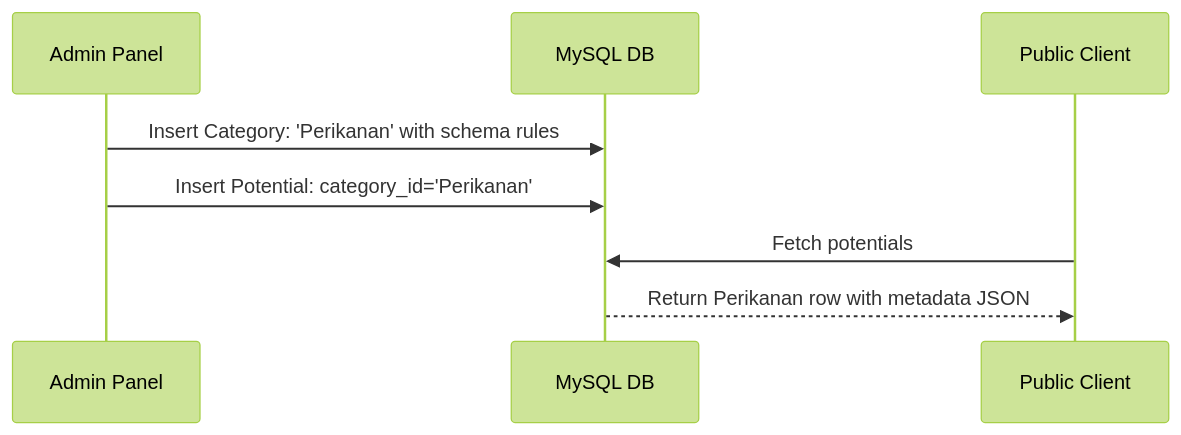
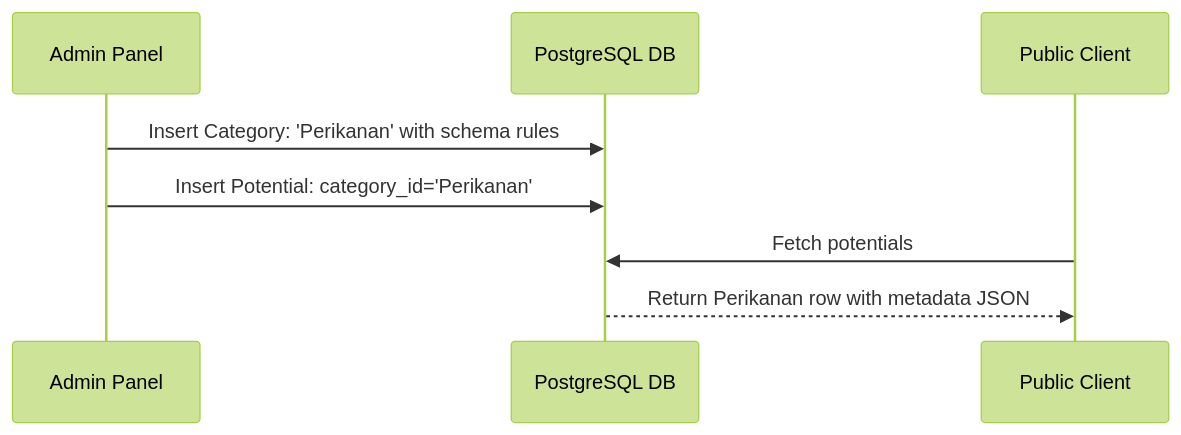
The eighth of 8 diagrams in docs/engineering/DATABASE_DESIGN.md (bitsy6699/WebDesa), drawn with Mermaid (forest theme) before and after one commit. The commit also changed other lines of this file and 545 other files, not shown here.

````diff
--- a/docs/engineering/DATABASE_DESIGN.md
+++ b/docs/engineering/DATABASE_DESIGN.md
@@ -220,11 +220,11 @@
 ```mermaid
 sequenceDiagram
     participant Admin as Admin Panel
-    participant DB as MySQL DB
+    participant DB as PostgreSQL DB
     participant UI as Public Client
 
     Admin->>DB: Insert Category: 'Perikanan' with schema rules
     Admin->>DB: Insert Potential: category_id='Perikanan'
     UI->>DB: Fetch potentials
     DB-->>UI: Return Perikanan row with metadata JSON
 ```
````
